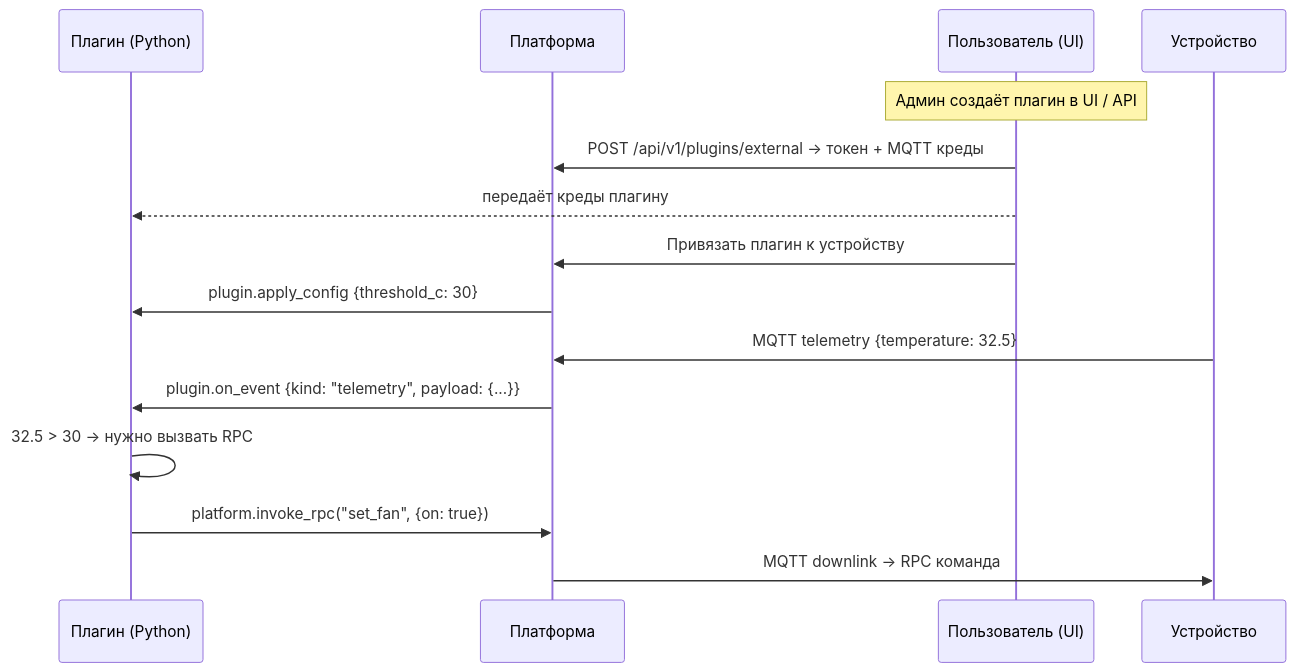
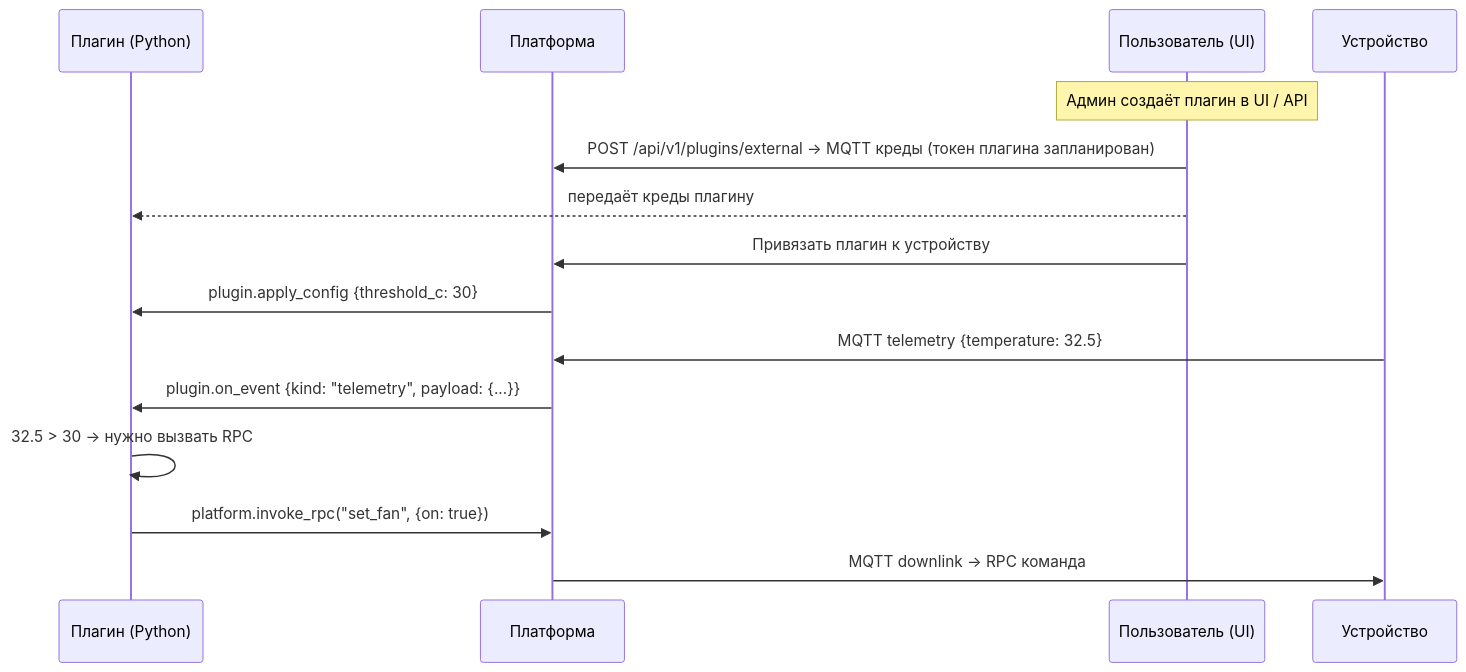
The fifth of 6 diagrams in docs/ru/08-external-plugins.md (darvik80/iot-platform-go), drawn with Mermaid before and after one commit. The commit also changed other lines of this file and 81 other files, not shown here.

````diff
--- a/docs/ru/08-external-plugins.md
+++ b/docs/ru/08-external-plugins.md
@@ -938,18 +996,18 @@
 ```mermaid
 sequenceDiagram
     participant Pl as Плагин (Python)
     participant P as Платформа
     participant U as Пользователь (UI)
     participant D as Устройство
 
     Note over U: Админ создаёт плагин в UI / API
-    U->>P: POST /api/v1/plugins/external → токен + MQTT креды
+    U->>P: POST /api/v1/plugins/external → MQTT креды (токен плагина запланирован)
     U-->>Pl: передаёт креды плагину
     U->>P: Привязать плагин к устройству
     P->>Pl: plugin.apply_config {threshold_c: 30}
     D->>P: MQTT telemetry {temperature: 32.5}
     P->>Pl: plugin.on_event {kind: "telemetry", payload: {...}}
     Pl->>Pl: 32.5 > 30 → нужно вызвать RPC
     Pl->>P: platform.invoke_rpc("set_fan", {on: true})
     P->>D: MQTT downlink → RPC команда
 ```
````
